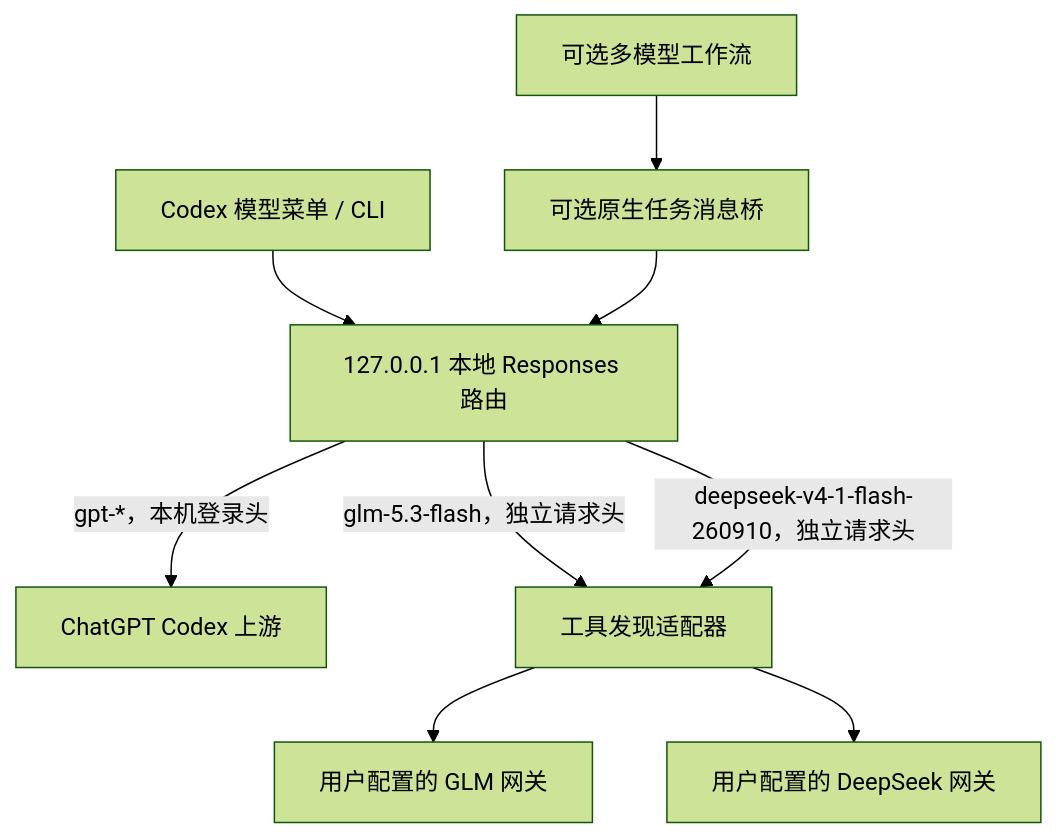
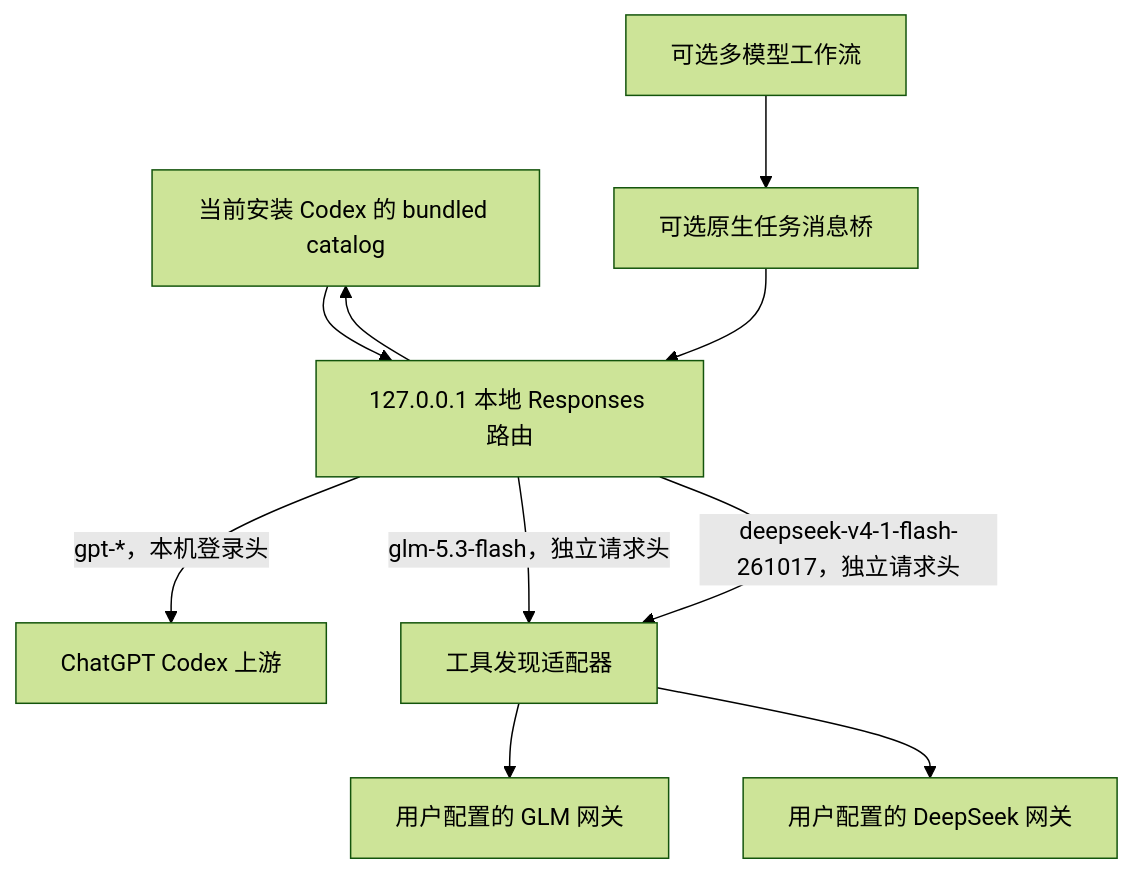
The diagram in docs/architecture.md (YumoeZhung/codex-multi-model-router), drawn with Mermaid (forest theme) before and after one commit. The commit also changed other lines of this file and 17 other files, not shown here.

````diff
--- a/docs/architecture.md
+++ b/docs/architecture.md
@@ -3,11 +3,12 @@
 ```mermaid
 flowchart TD
     C[Codex 模型菜单 / CLI] --> R[127.0.0.1 本地 Responses 路由]
     R -->|gpt-*，本机登录头| O[ChatGPT Codex 上游]
+    R --> C[当前安装 Codex 的 bundled catalog]
     R -->|glm-5.3-flash，独立请求头| A[工具发现适配器]
-    R -->|deepseek-v4-1-flash-260910，独立请求头| A
+    R -->|deepseek-v4-1-flash-261017，独立请求头| A
     A --> G[用户配置的 GLM 网关]
     A --> D[用户配置的 DeepSeek 网关]
     S[可选多模型工作流] --> B[可选原生任务消息桥]
     B --> R
 ```
````
